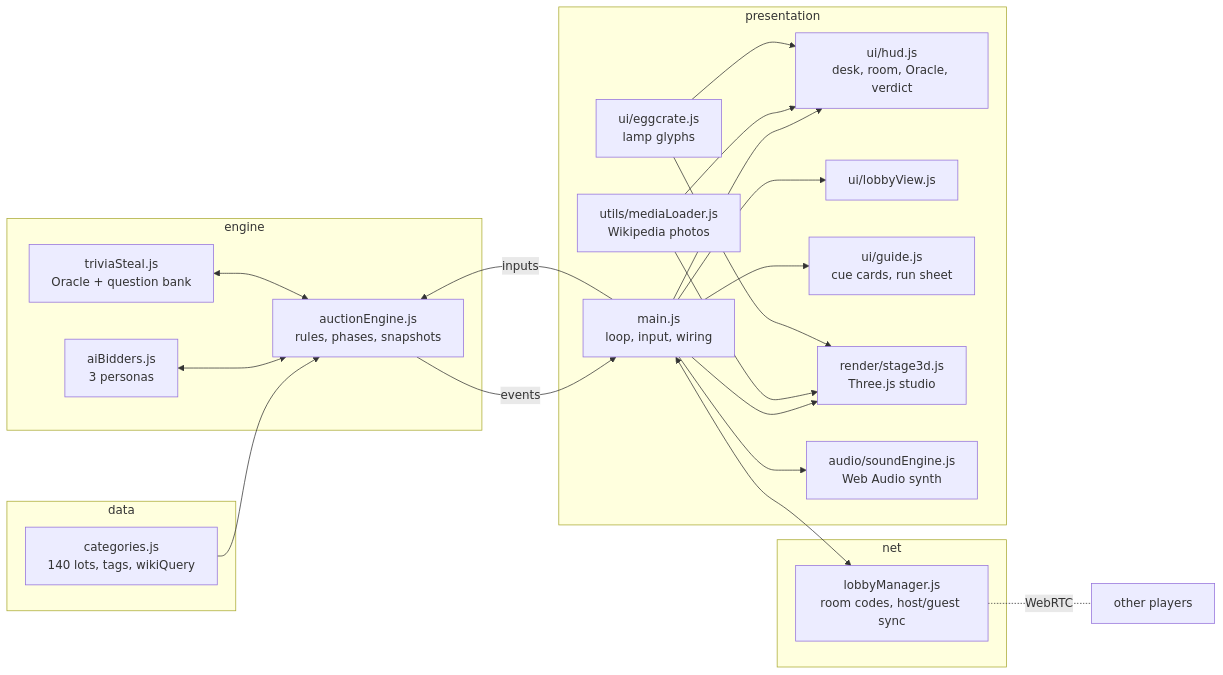
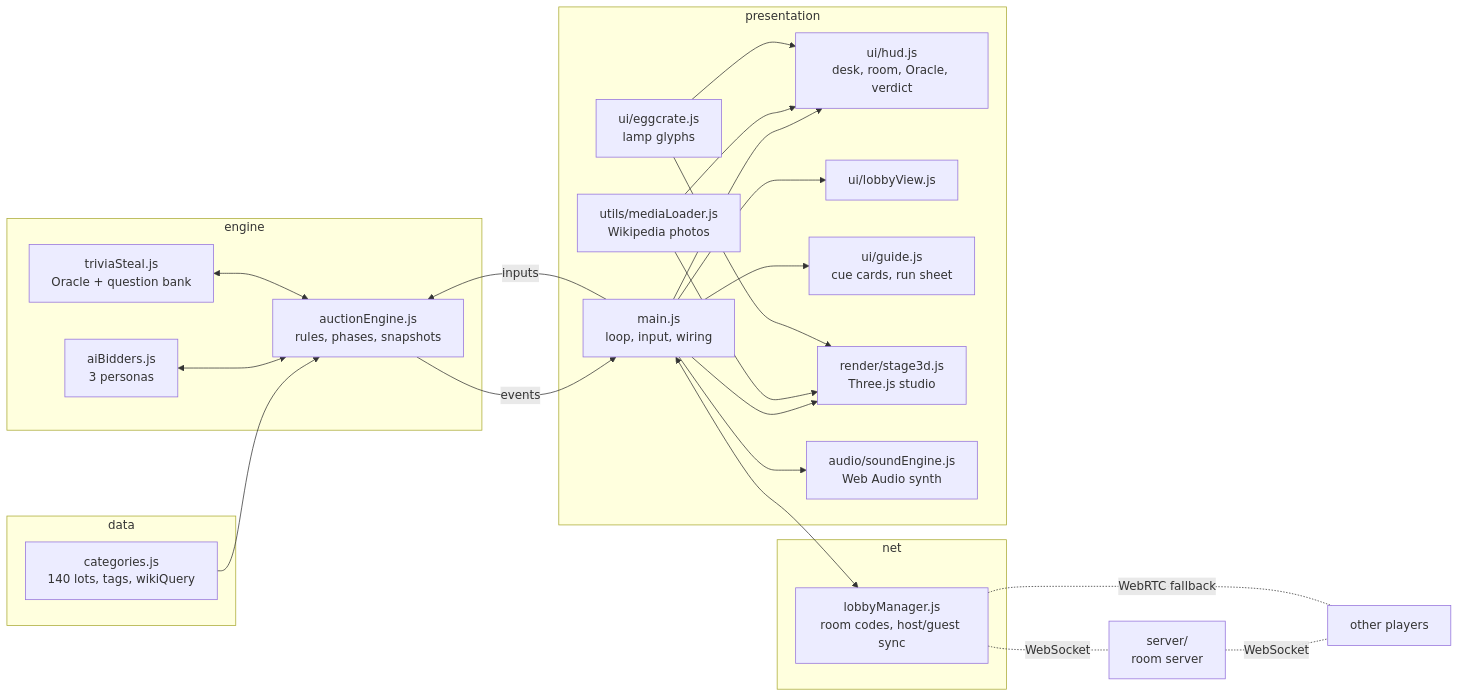
One commit to DiorWachira/BidLock changed the diagram in README.md. Above: the diagram before and after it, drawn with Mermaid. The commit also changed other lines of this file and 72 other files, not shown here.

First line of the commit message:
Rooms: the BidLock room server, so strict networks never time out

````diff
--- a/README.md
+++ b/README.md
@@ -302,40 +339,42 @@
 ```mermaid
 flowchart LR
   subgraph data
     C[categories.js<br/>140 lots, tags, wikiQuery]
   end
   subgraph engine
     E[auctionEngine.js<br/>rules, phases, snapshots]
     A[aiBidders.js<br/>3 personas]
     T[triviaSteal.js<br/>Oracle + question bank]
   end
   subgraph net
     L[lobbyManager.js<br/>room codes, host/guest sync]
   end
   subgraph presentation
     M[main.js<br/>loop, input, wiring]
     H[ui/hud.js<br/>desk, room, Oracle, verdict]
     V[ui/lobbyView.js]
     G[ui/guide.js<br/>cue cards, run sheet]
     X[ui/eggcrate.js<br/>lamp glyphs]
     S[render/stage3d.js<br/>Three.js studio]
     O[audio/soundEngine.js<br/>Web Audio synth]
     P[utils/mediaLoader.js<br/>Wikipedia photos]
   end
   C --> E
   A <--> E
   T <--> E
   E -- events --> M
   M -- inputs --> E
   M <--> L
-  L -. WebRTC .- L2[other players]
+  L -. WebSocket .- R[server/<br/>room server]
+  R -. WebSocket .- L2[other players]
+  L -. WebRTC fallback .- L2
   M --> H
   M --> S
   M --> O
   M --> G
   M --> V
   P --> H
   P --> S
   X --> H
   X --> S
 ```
````
